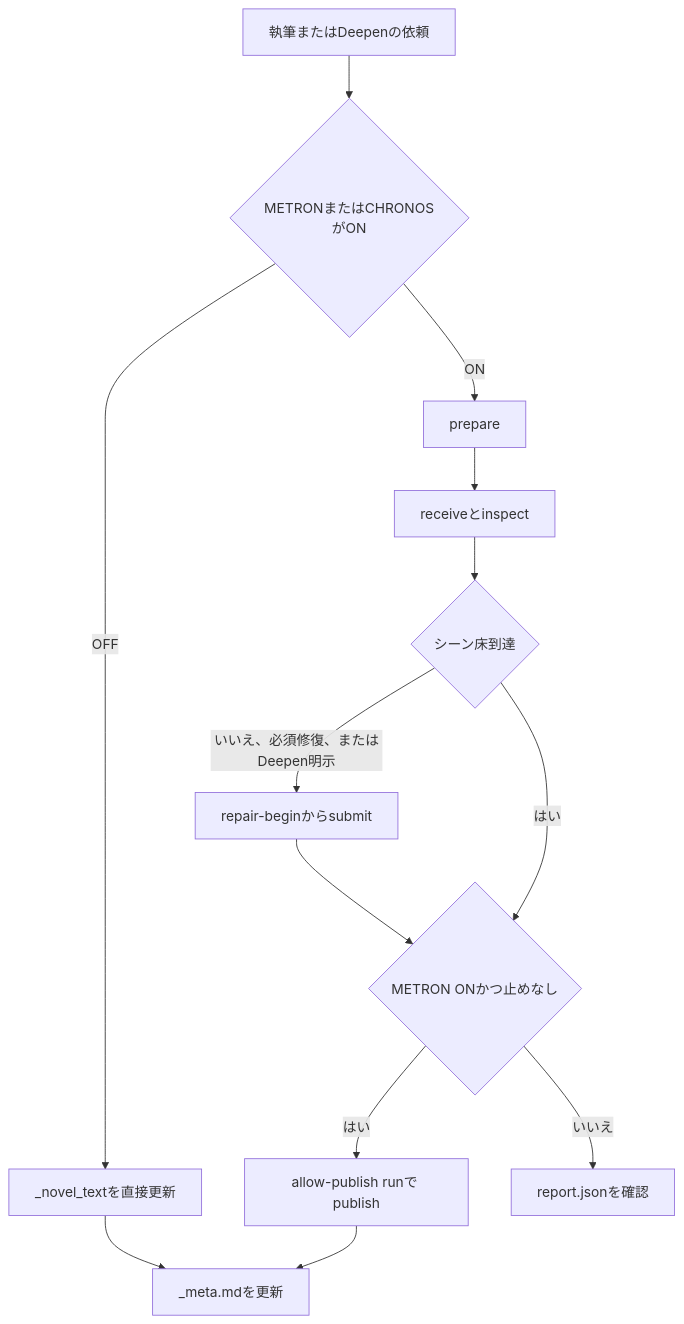
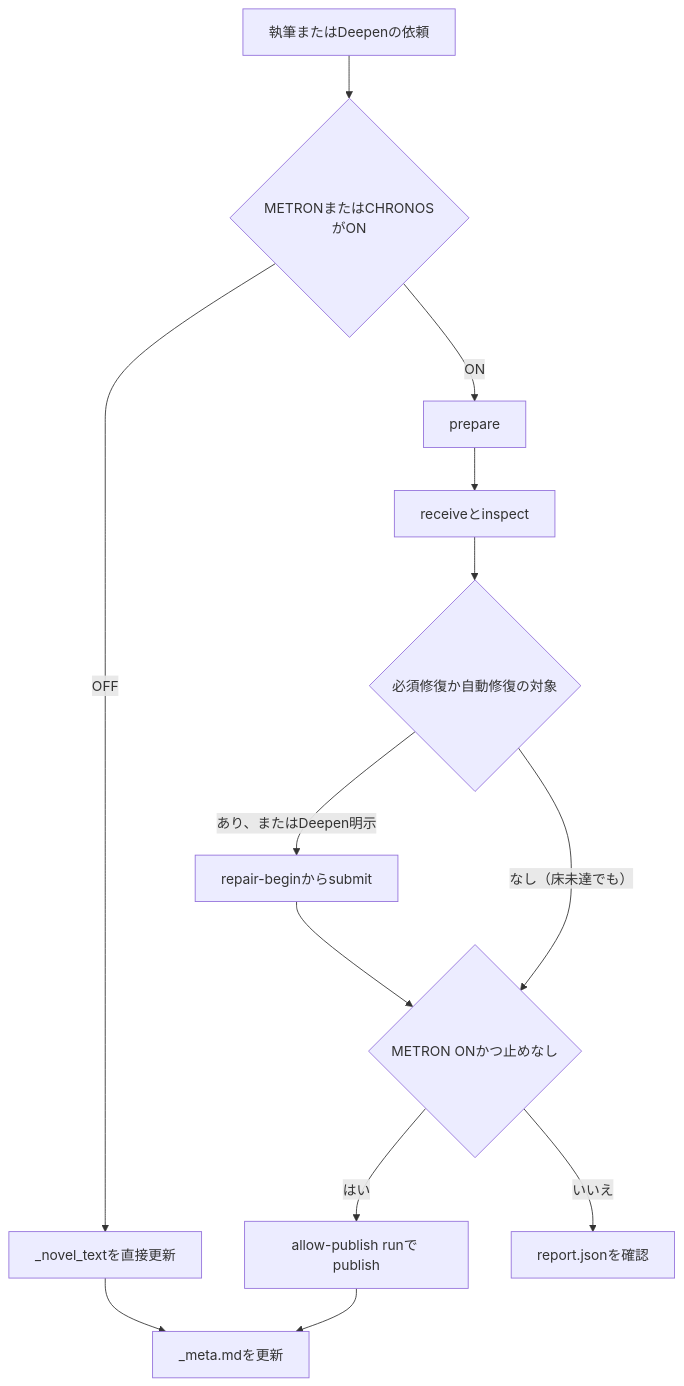
The diagram in docs/architecture/writing-bridge.md (kavao/monogatari-coach), drawn with Mermaid before and after one commit. The commit also changed other lines of this file and 13 other files, not shown here.

````diff
--- a/docs/architecture/writing-bridge.md
+++ b/docs/architecture/writing-bridge.md
@@ -164,15 +166,15 @@
 ```mermaid
 flowchart TD
     Request[執筆またはDeepenの依頼] --> Flags{METRONまたはCHRONOSがON}
     Flags -->|OFF| Direct[_novel_textを直接更新]
     Flags -->|ON| Prepare[prepare]
     Prepare --> Receive[receiveとinspect]
-    Receive --> Floor{シーン床到達}
-    Floor -->|いいえ、必須修復、またはDeepen明示| Jobs[repair-beginからsubmit]
-    Floor -->|はい| MetronPub{METRON ONかつ止めなし}
+    Receive --> Floor{必須修復か自動修復の対象}
+    Floor -->|あり、またはDeepen明示| Jobs[repair-beginからsubmit]
+    Floor -->|なし（床未達でも）| MetronPub{METRON ONかつ止めなし}
     Jobs --> MetronPub
     MetronPub -->|はい| Publish[allow-publish runで publish]
     MetronPub -->|いいえ| Report[report.jsonを確認]
     Publish --> Meta[_meta.mdを更新]
     Direct --> Meta
 ```
````
